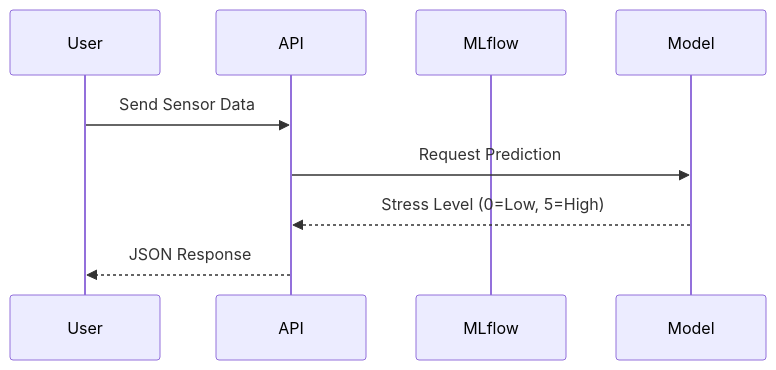
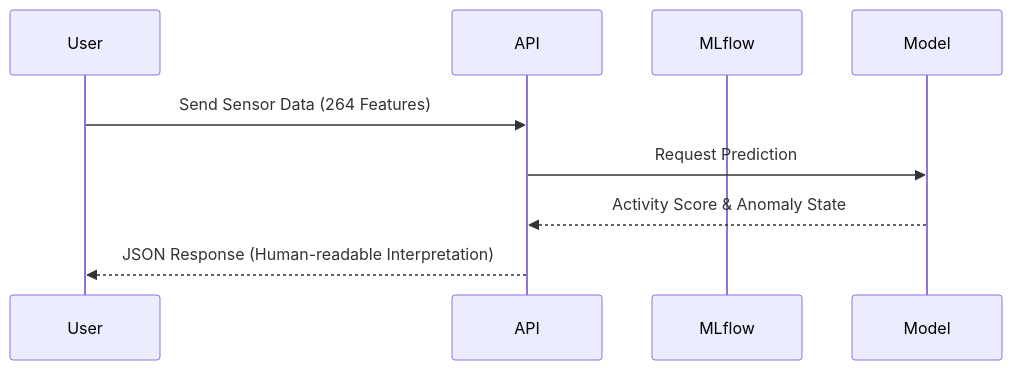
The diagram in PRESENTATION_GUIDE.md (abhayra12/StudentLife-Phenotyping), drawn with Mermaid before and after one commit. The commit also changed other lines of this file and 1 other file, not shown here.

Commit message:
docs: added pipeline script walkthrough to readme and charts to presentation deck guide

````diff
--- a/PRESENTATION_GUIDE.md
+++ b/PRESENTATION_GUIDE.md
@@ -5,11 +8,11 @@
 ```mermaid
 sequenceDiagram
     participant User
     participant API
     participant MLflow
     participant Model
-    User->>API: Send Sensor Data
+    User->>API: Send Sensor Data (264 Features)
     API->>Model: Request Prediction
-    Model-->>API: Stress Level (0=Low, 5=High)
-    API-->>User: JSON Response
+    Model-->>API: Activity Score & Anomaly State
+    API-->>User: JSON Response (Human-readable Interpretation)
 ```
````
